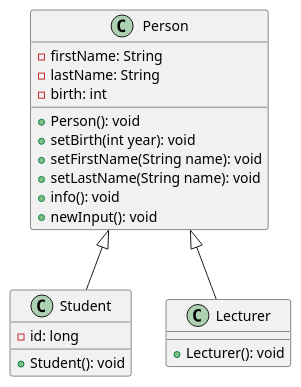
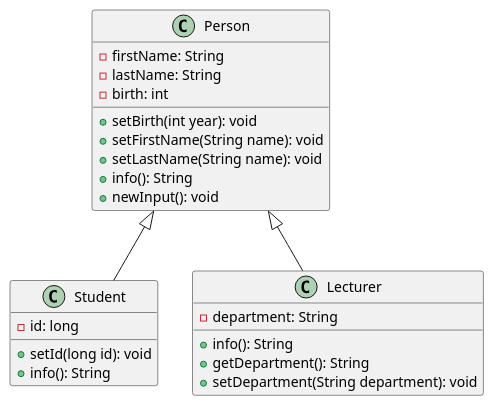
Before and after one commit to fhdw-paderborn/StudentOrga: the diagram in doc/classes.puml, drawn with PlantUML. The commit also changed 30 other files, not shown here.

```diff
--- a/doc/classes.puml
+++ b/doc/classes.puml
@@ -1,26 +1,29 @@
 @startuml Class_Examples
 
 
 class Person {
     - firstName: String
     - lastName: String
     - birth: int
-    + Person(): void
     + setBirth(int year): void
     + setFirstName(String name): void
     + setLastName(String name): void
-    + info(): void
+    + info(): String
     + newInput(): void
 }
 
 
 class Student extends Person {
     - id: long
-    + Student(): void
+    + setId(long id): void
+    + info(): String
 }
 
 class Lecturer extends Person {
-    + Lecturer(): void
+    - department: String
+    + info(): String
+    + getDepartment(): String
+    + setDepartment(String department): void
 }
 
 @enduml
```
